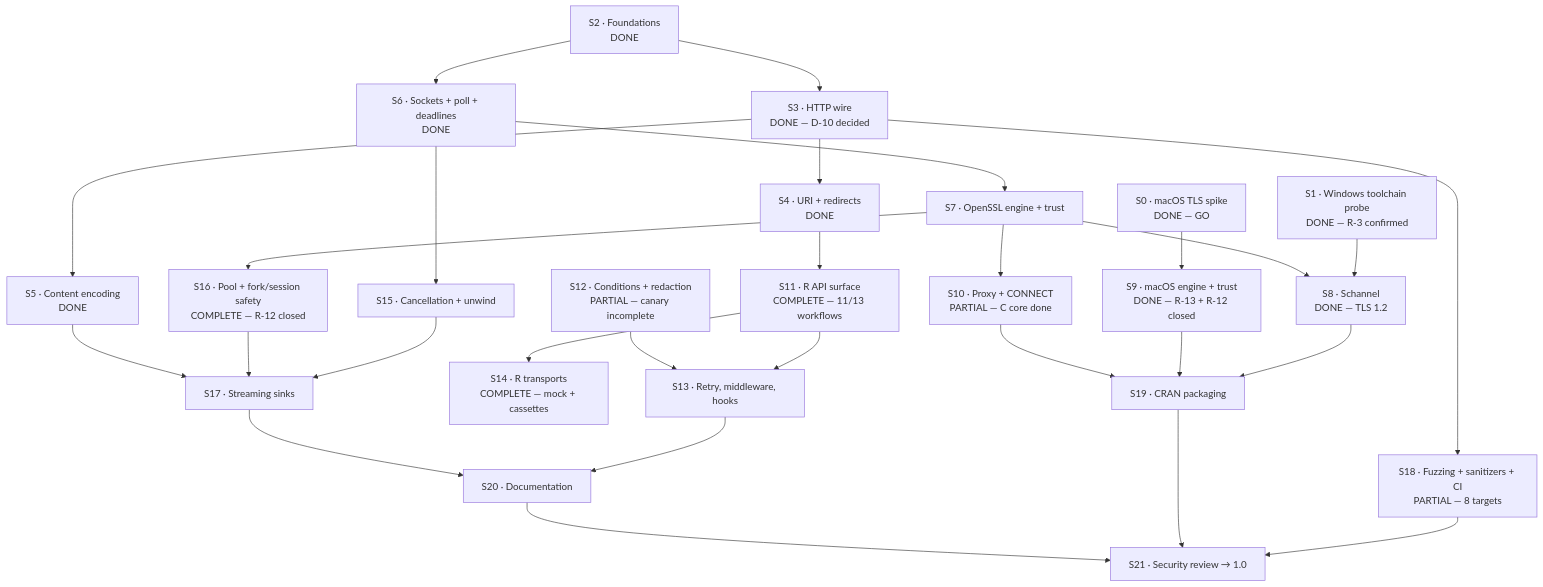
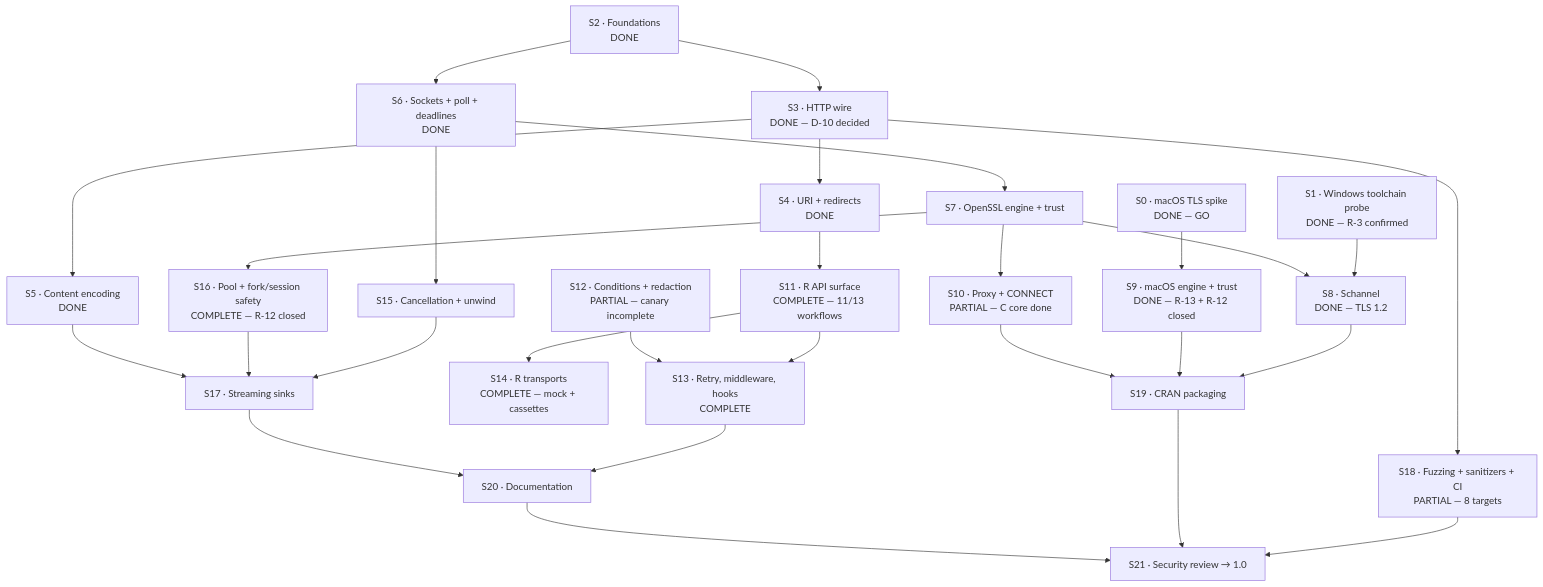
Before and after one commit to pedrobtz/zuhttp: the diagram in .agents/roadmap.md, drawn with Mermaid. The commit also changed other lines of this file and 17 other files, not shown here.

First line of the commit message:
S13: retry, middleware, hooks — and a second vacuous arm in S12's canary

````diff
--- a/.agents/roadmap.md
+++ b/.agents/roadmap.md
@@ -28,58 +28,58 @@
 ```mermaid
 graph TD
     S0["S0 · macOS TLS spike<br/>DONE — GO"]
     S1["S1 · Windows toolchain probe<br/>DONE — R-3 confirmed"]
 
     S2["S2 · Foundations<br/>DONE"]
     S3["S3 · HTTP wire<br/>DONE — D-10 decided"]
     S4["S4 · URI + redirects<br/>DONE"]
     S5["S5 · Content encoding<br/>DONE"]
 
     S6["S6 · Sockets + poll + deadlines<br/>DONE"]
     S7["S7 · OpenSSL engine + trust"]
     S8["S8 · Schannel<br/>DONE — TLS 1.2"]
     S9["S9 · macOS engine + trust<br/>DONE — R-13 + R-12 closed"]
     S10["S10 · Proxy + CONNECT<br/>PARTIAL — C core done"]
 
     S11["S11 · R API surface<br/>COMPLETE — 11/13 workflows"]
     S12["S12 · Conditions + redaction<br/>PARTIAL — canary incomplete"]
-    S13["S13 · Retry, middleware, hooks"]
+    S13["S13 · Retry, middleware, hooks<br/>COMPLETE"]
     S14["S14 · R transports<br/>COMPLETE — mock + cassettes"]
 
     S15["S15 · Cancellation + unwind"]
     S16["S16 · Pool + fork/session safety<br/>COMPLETE — R-12 closed"]
     S17["S17 · Streaming sinks"]
 
     S18["S18 · Fuzzing + sanitizers + CI<br/>PARTIAL — 8 targets"]
     S19["S19 · CRAN packaging"]
     S20["S20 · Documentation"]
     S21["S21 · Security review → 1.0"]
 
     S0 --> S9
     S1 --> S8
     S2 --> S3
     S2 --> S6
     S3 --> S4
     S3 --> S5
     S3 --> S18
     S6 --> S7
     S6 --> S15
     S7 --> S8
     S7 --> S10
     S7 --> S16
     S8 --> S19
     S9 --> S19
     S4 --> S11
     S11 --> S13
     S12 --> S13
     S11 --> S14
     S15 --> S17
     S16 --> S17
     S13 --> S20
     S17 --> S20
     S18 --> S21
     S19 --> S21
     S20 --> S21
     S10 --> S19
     S5 --> S17
 ```
````
